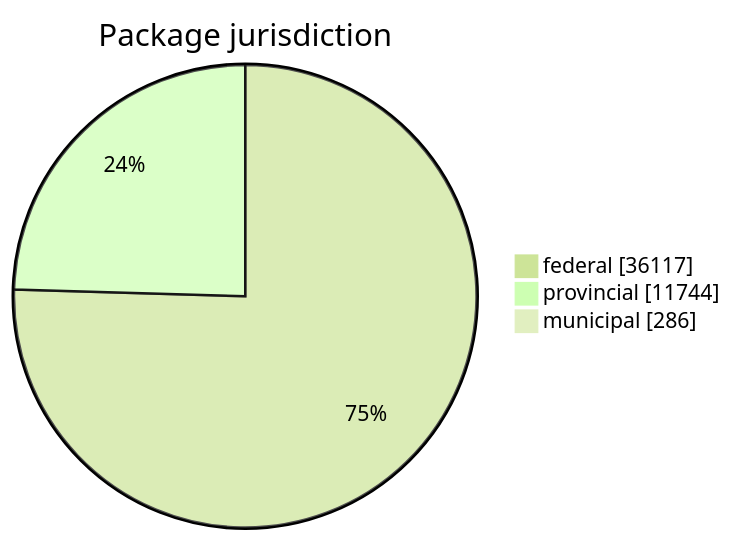
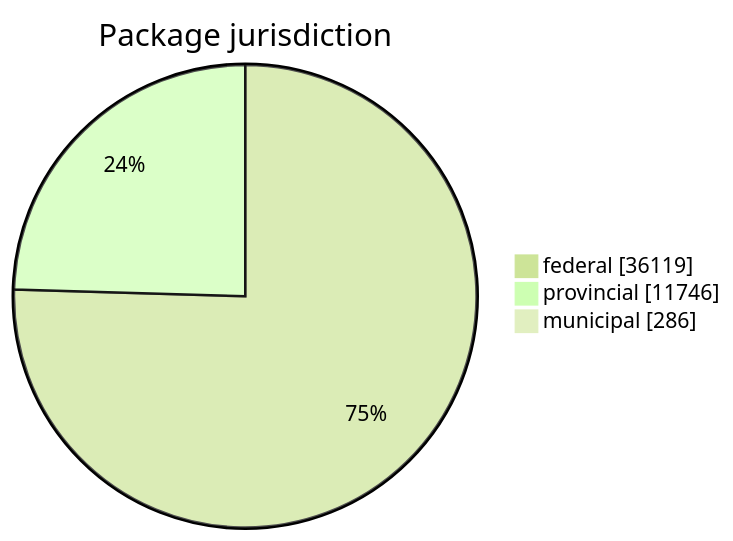
The first of 5 diagrams in FreshCheck/README.md (open-data/analytics-corporate-reporting), drawn with Mermaid (forest theme) before and after one commit. The commit also changed other lines of this file and 3 other files, not shown here.

````diff
--- a/FreshCheck/README.md
+++ b/FreshCheck/README.md
@@ -60,6 +60,6 @@
 ```mermaid
 pie showData title Package jurisdiction
-    "federal": 36117
-    "provincial": 11744
+    "federal": 36119
+    "provincial": 11746
     "municipal": 286
 ```
````
